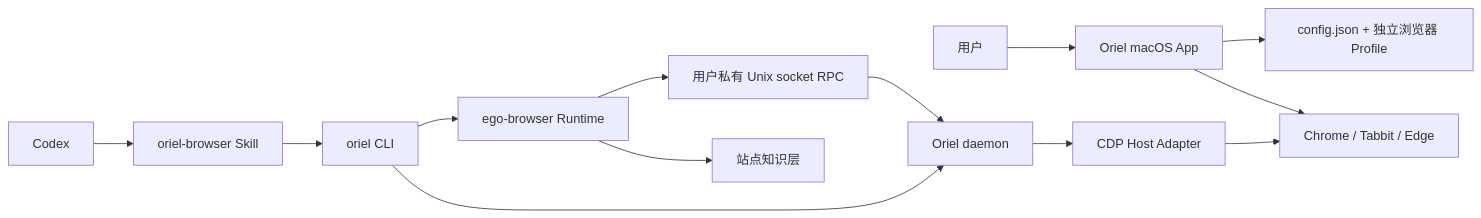
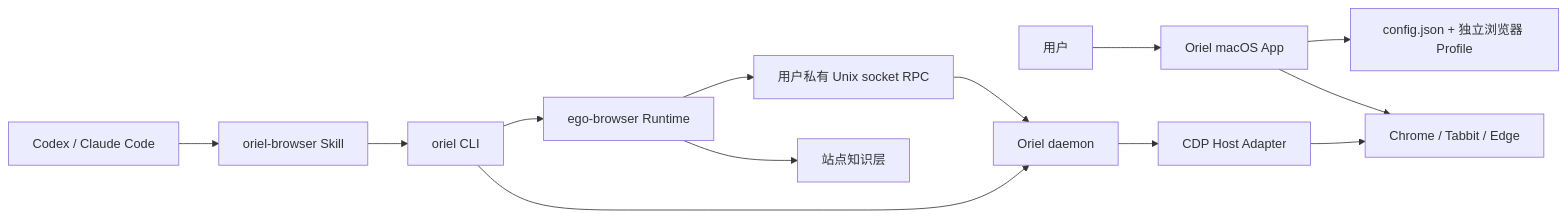
Before and after one commit to yangjinmin666/oriel-browser: the diagram in docs/ARCHITECTURE.md, drawn with Mermaid. The commit also changed other lines of this file and 12 other files, not shown here.

````diff
--- a/docs/ARCHITECTURE.md
+++ b/docs/ARCHITECTURE.md
@@ -18,17 +18,17 @@
 ```mermaid
 flowchart LR
     U["用户"] --> UI["Oriel macOS App"]
     UI --> CFG["config.json + 独立浏览器 Profile"]
     UI --> B["Chrome / Tabbit / Edge"]
 
-    C["Codex"] --> SKILL["oriel-browser Skill"]
+    C["Codex / Claude Code"] --> SKILL["oriel-browser Skill"]
     SKILL --> CLI["oriel CLI"]
     CLI --> RUNTIME["ego-browser Runtime"]
     CLI --> D["Oriel daemon"]
     RUNTIME --> RPC["用户私有 Unix socket RPC"]
     RPC --> D
     D --> HOST["CDP Host Adapter"]
     HOST --> B
 
     RUNTIME --> LEARN["站点知识层"]
 ```
````
